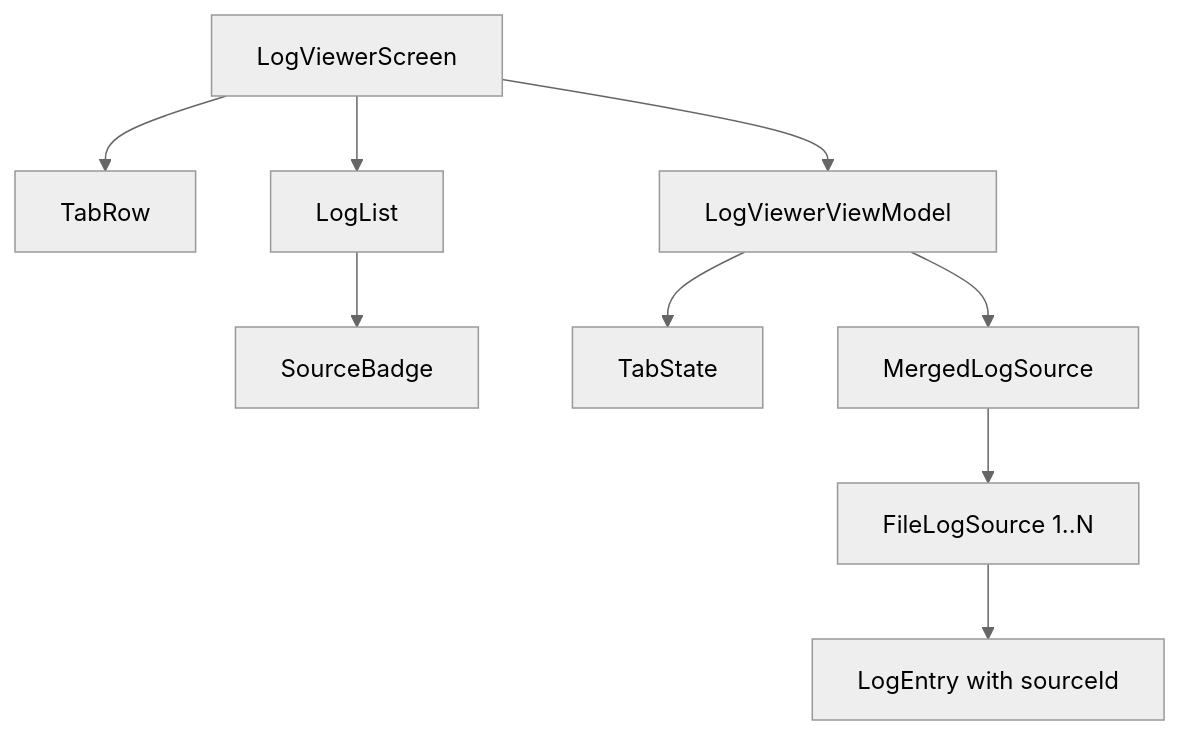
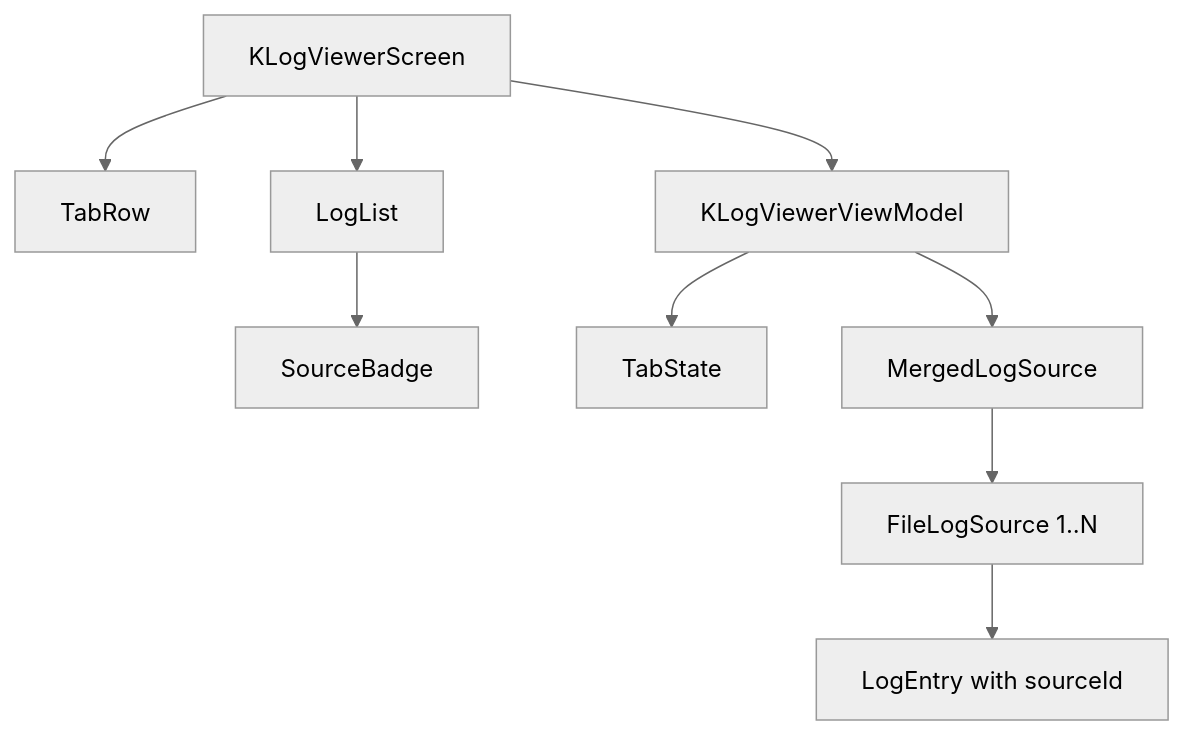
One commit to kevinrjones/klogviewer changed the diagram in .junie/plans/sprint-2-ui-ux-refinement.md. Above: the diagram before and after it, drawn with Mermaid (neutral theme). The commit also changed other lines of this file and 157 other files, not shown here.

Commit message:
chore(core): rename the project from LogViewer to KLogViewer

````diff
--- a/.junie/plans/sprint-2-ui-ux-refinement.md
+++ b/.junie/plans/sprint-2-ui-ux-refinement.md
@@ -54,11 +54,11 @@
 ```mermaid
 graph TD
-    UI[LogViewerScreen] --> TR[TabRow]
+    UI[KLogViewerScreen] --> TR[TabRow]
     UI --> LL[LogList]
     LL --> LB[SourceBadge]
-    UI --> VM[LogViewerViewModel]
+    UI --> VM[KLogViewerViewModel]
     VM --> TS[TabState]
     VM --> MLS[MergedLogSource]
     MLS --> FLS[FileLogSource 1..N]
     FLS --> LE[LogEntry with sourceId]
 ```
````
